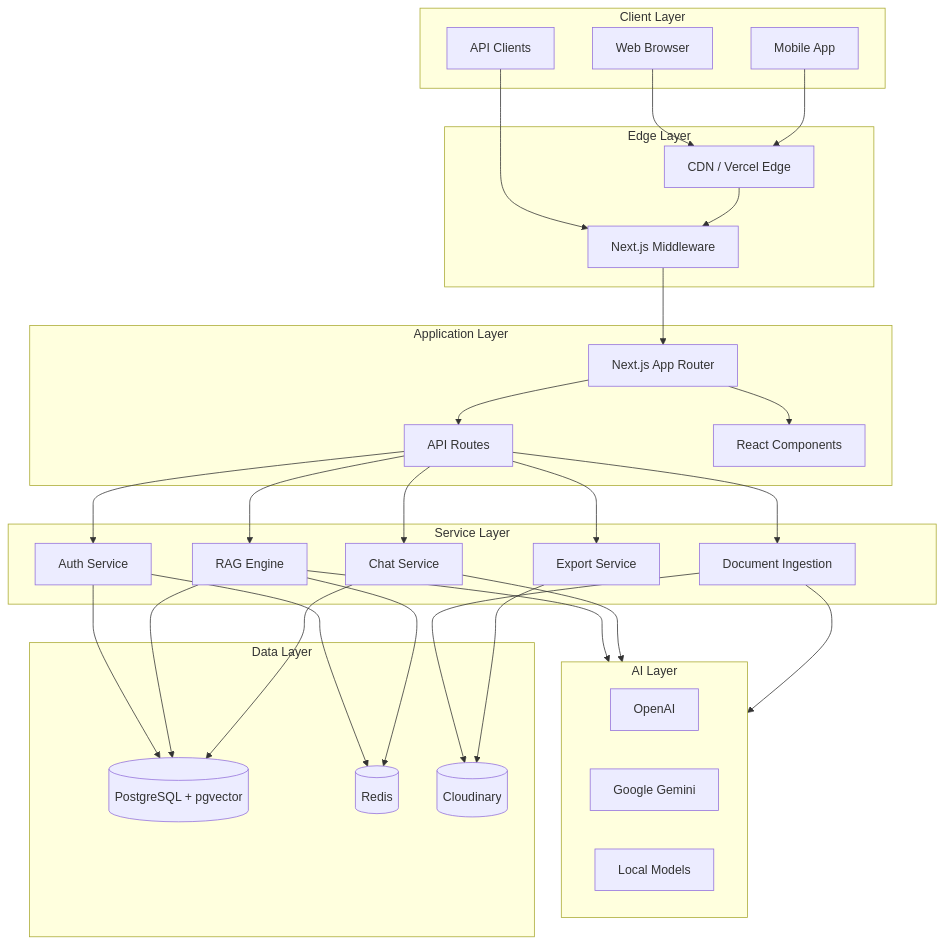
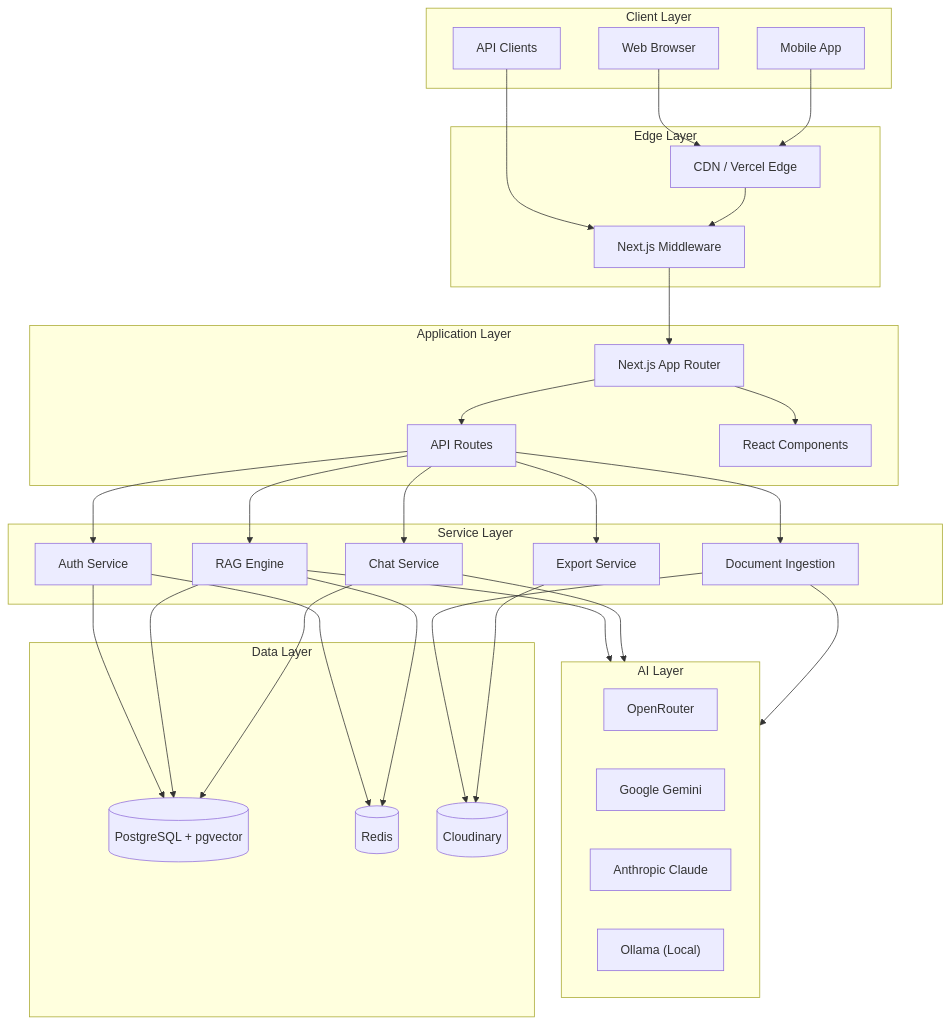
The first of 6 diagrams in docs/ARCHITECTURE.md (rejisterjack/rag-starter-kit), drawn with Mermaid before and after one commit. The commit also changed other lines of this file and 6 other files, not shown here.

````diff
--- a/docs/ARCHITECTURE.md
+++ b/docs/ARCHITECTURE.md
@@ -5,62 +5,63 @@
 ```mermaid
 graph TB
     subgraph Client["Client Layer"]
         Browser["Web Browser"]
         Mobile["Mobile App"]
         API["API Clients"]
     end
 
     subgraph Edge["Edge Layer"]
         CDN["CDN / Vercel Edge"]
         Middleware["Next.js Middleware"]
     end
 
     subgraph Application["Application Layer"]
         NextApp["Next.js App Router"]
         APIRoutes["API Routes"]
         Components["React Components"]
     end
 
     subgraph Services["Service Layer"]
         Auth["Auth Service"]
         RAG["RAG Engine"]
         Chat["Chat Service"]
         Ingest["Document Ingestion"]
         Export["Export Service"]
     end
 
     subgraph AI["AI Layer"]
-        OpenAI["OpenAI"]
+        OpenRouter["OpenRouter"]
         Gemini["Google Gemini"]
-        Local["Local Models"]
+        Anthropic["Anthropic Claude"]
+        Ollama["Ollama (Local)"]
     end
 
     subgraph Data["Data Layer"]
         Postgres[("PostgreSQL + pgvector")]
         Redis[("Redis")]
         Cloudinary[("Cloudinary")]
     end
 
     Browser --> CDN
     Mobile --> CDN
     API --> Middleware
     CDN --> Middleware
     Middleware --> NextApp
     NextApp --> Components
     NextApp --> APIRoutes
     APIRoutes --> Auth
     APIRoutes --> RAG
     APIRoutes --> Chat
     APIRoutes --> Ingest
     APIRoutes --> Export
     RAG --> AI
     Chat --> AI
     Ingest --> AI
     Auth --> Postgres
     RAG --> Postgres
     Chat --> Postgres
     Auth --> Redis
     RAG --> Redis
     Ingest --> Cloudinary
     Export --> Cloudinary
 ```
````
